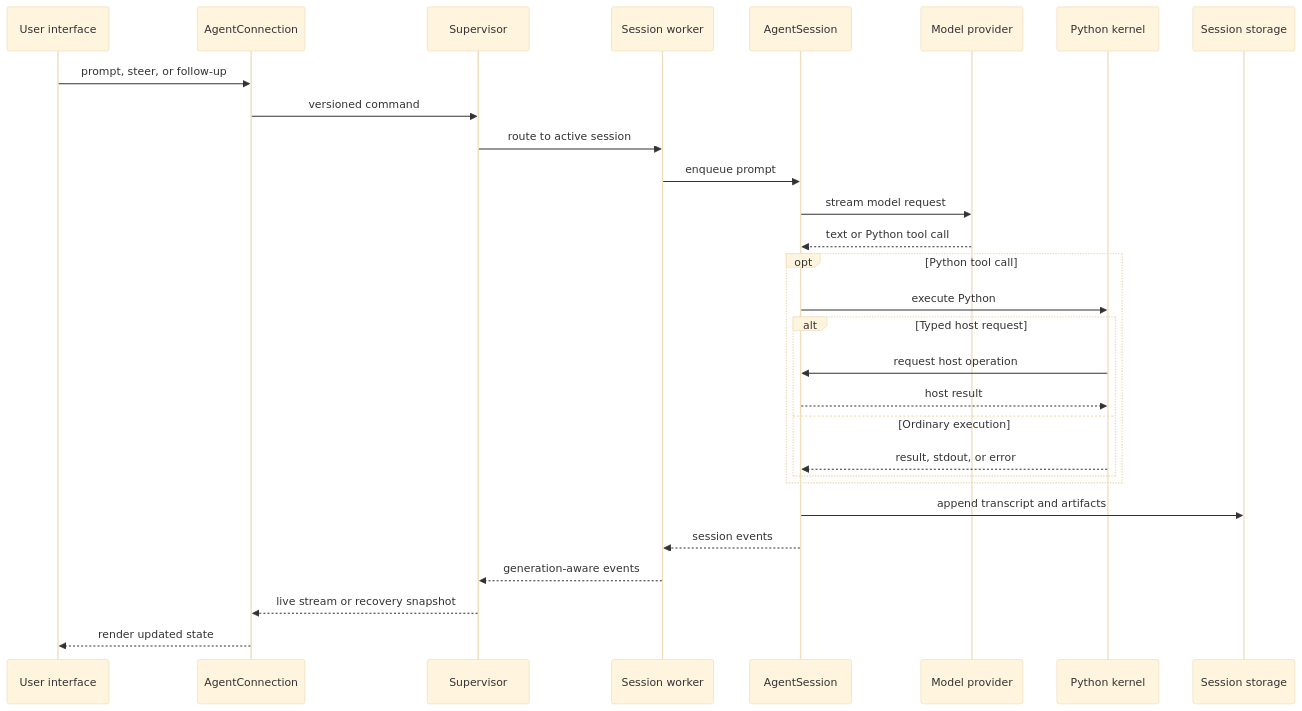
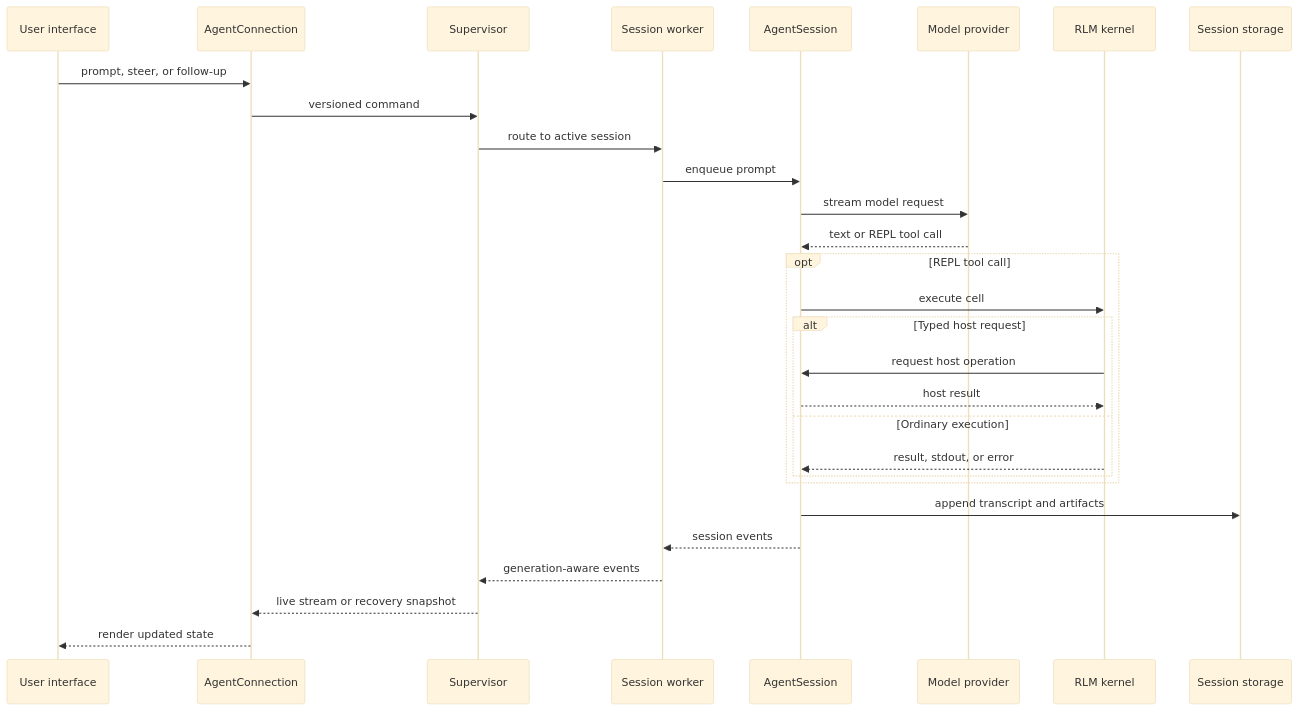
The second of 2 diagrams in packages/coding-agent/docs/architecture.md (Jackhuang13/apollo-cli), drawn with Mermaid (base theme) before and after one commit. The commit also changed other lines of this file and 7 other files, not shown here.

````diff
--- a/packages/coding-agent/docs/architecture.md
+++ b/packages/coding-agent/docs/architecture.md
@@ -53,32 +53,32 @@
 ```mermaid
 sequenceDiagram
     participant U as User interface
     participant C as AgentConnection
     participant S as Supervisor
     participant W as Session worker
     participant A as AgentSession
     participant P as Model provider
-    participant K as Python kernel
+    participant K as RLM kernel
     participant D as Session storage
 
     U->>C: prompt, steer, or follow-up
     C->>S: versioned command
     S->>W: route to active session
     W->>A: enqueue prompt
     A->>P: stream model request
-    P-->>A: text or Python tool call
-    opt Python tool call
-        A->>K: execute Python
+    P-->>A: text or REPL tool call
+    opt REPL tool call
+        A->>K: execute cell
         alt Typed host request
             K->>A: request host operation
             A-->>K: host result
         else Ordinary execution
             K-->>A: result, stdout, or error
         end
     end
     A->>D: append transcript and artifacts
     A-->>W: session events
     W-->>S: generation-aware events
     S-->>C: live stream or recovery snapshot
     C-->>U: render updated state
 ```
````
